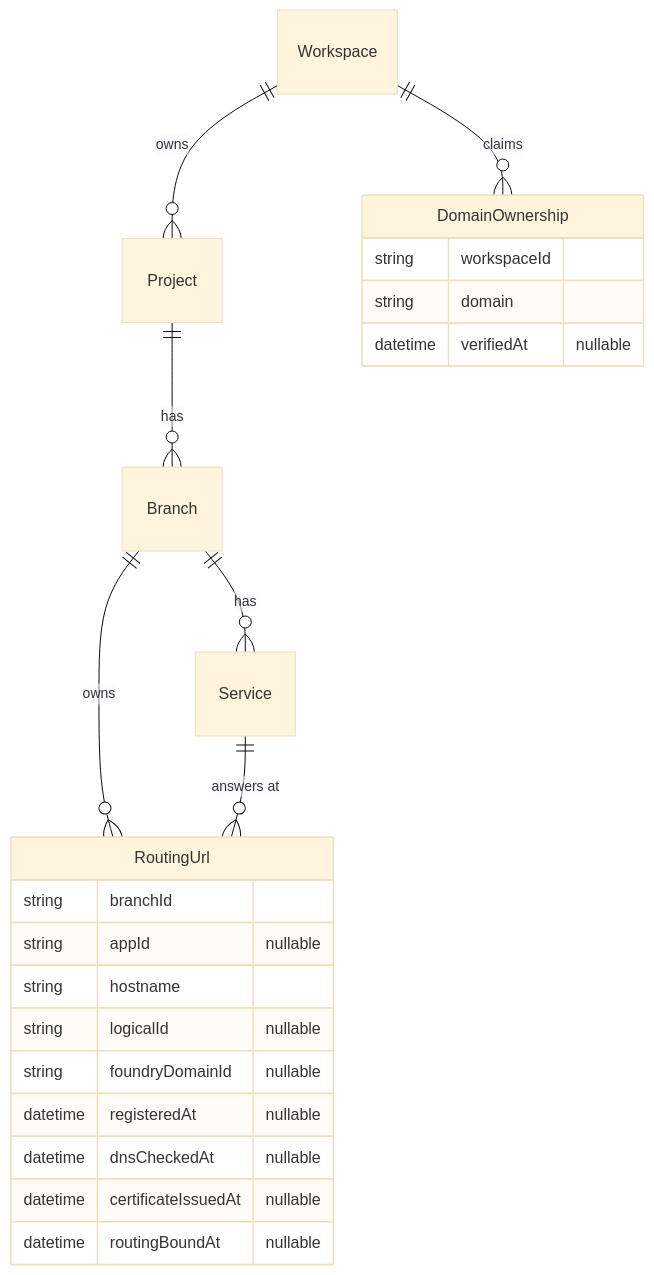
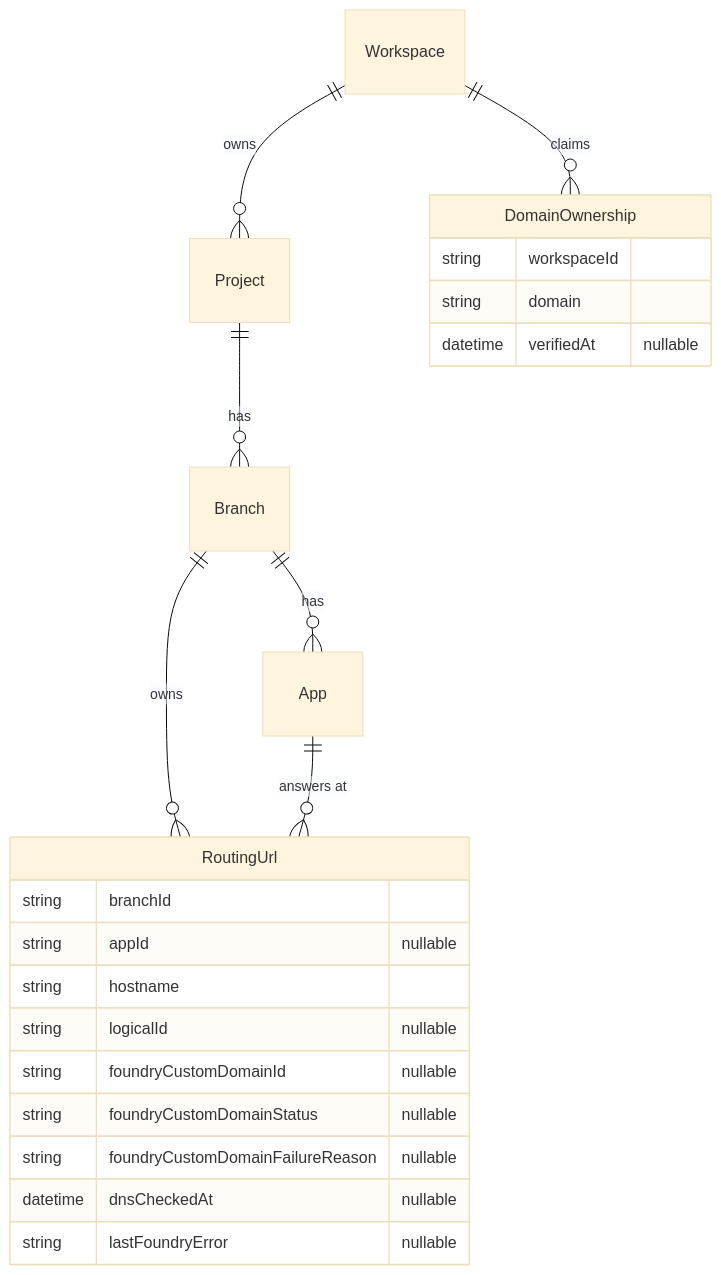
Before and after one commit to prisma/composer: the diagram in docs/design/05-prisma-cloud/public-urls/platform-routing-urls.md, drawn with Mermaid (base theme). The commit also changed other lines of this file and 8 other files, not shown here.

Commit message:
docs(design): the RoutingUrl repository keeps Foundry consistent; Foundry's words throughout

````diff
--- a/docs/design/05-prisma-cloud/public-urls/platform-routing-urls.md
+++ b/docs/design/05-prisma-cloud/public-urls/platform-routing-urls.md
@@ -14,25 +14,25 @@
 ```mermaid
 erDiagram
   Workspace ||--o{ Project : owns
   Workspace ||--o{ DomainOwnership : claims
   Project ||--o{ Branch : has
-  Branch ||--o{ Service : has
+  Branch ||--o{ App : has
   Branch ||--o{ RoutingUrl : owns
-  Service ||--o{ RoutingUrl : "answers at"
+  App ||--o{ RoutingUrl : "answers at"
   RoutingUrl {
     string branchId
     string appId "nullable"
     string hostname
     string logicalId "nullable"
-    string foundryDomainId "nullable"
-    datetime registeredAt "nullable"
+    string foundryCustomDomainId "nullable"
+    string foundryCustomDomainStatus "nullable"
+    string foundryCustomDomainFailureReason "nullable"
     datetime dnsCheckedAt "nullable"
-    datetime certificateIssuedAt "nullable"
-    datetime routingBoundAt "nullable"
+    string lastFoundryError "nullable"
   }
   DomainOwnership {
     string workspaceId
     string domain
     datetime verifiedAt "nullable"
   }
 ```
````
